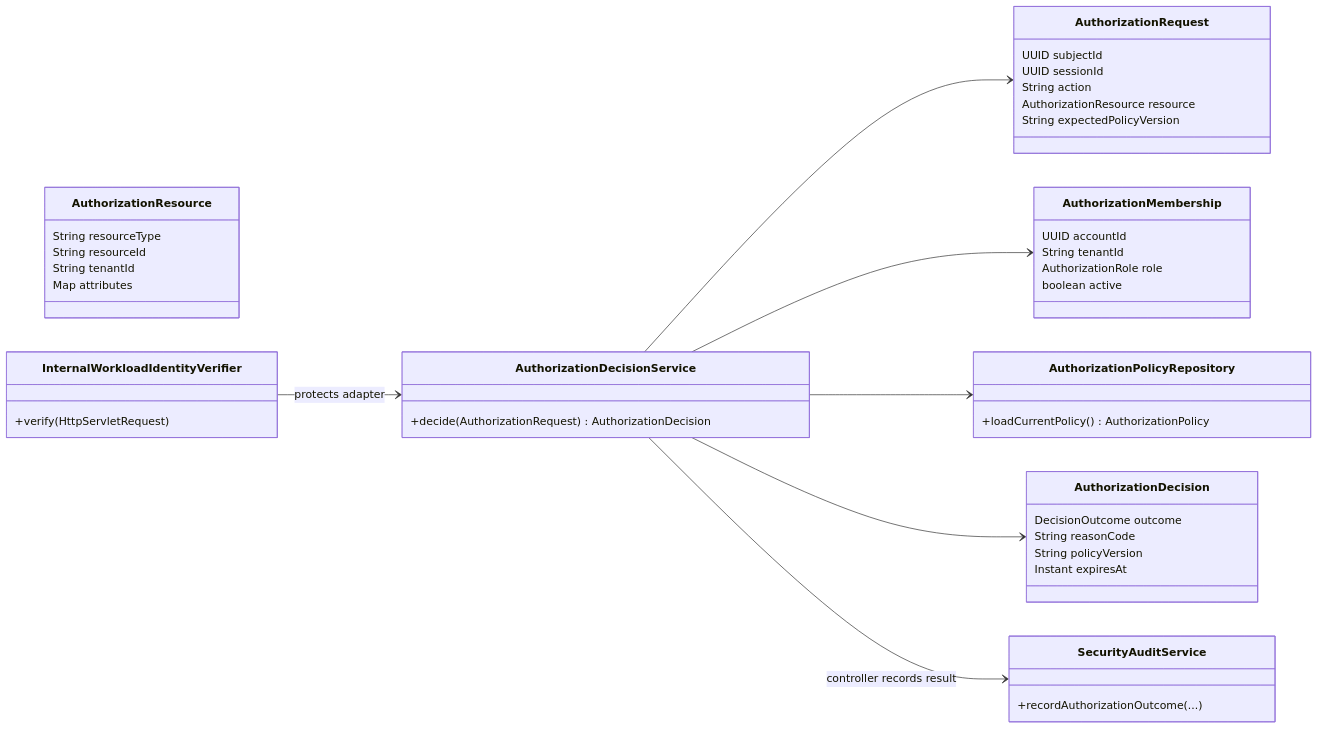
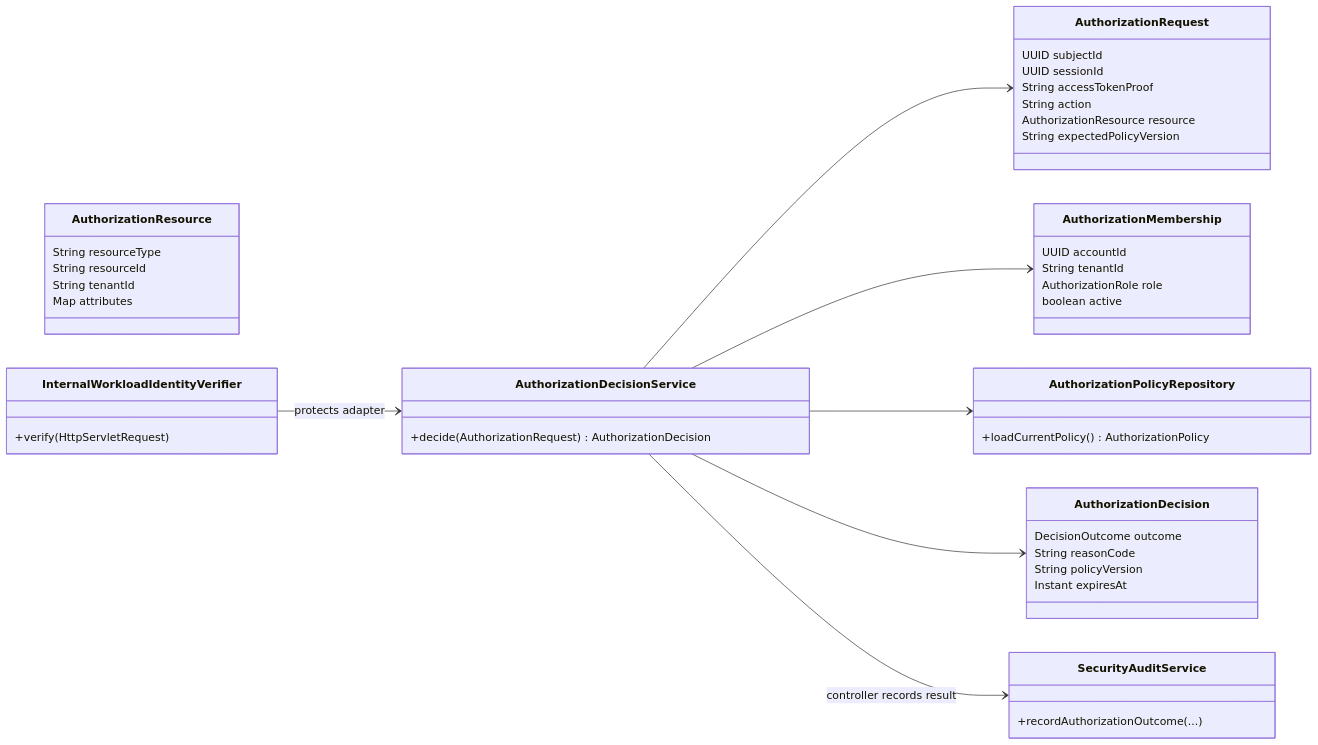
Before and after one commit to tdespenza/lifeos: the third of 4 diagrams in docs/diagrams/identity-authorization.md, drawn with Mermaid. The commit also changed other lines of this file and 52 other files, not shown here.

````diff
--- a/docs/diagrams/identity-authorization.md
+++ b/docs/diagrams/identity-authorization.md
@@ -138,47 +139,48 @@
 ```mermaid
 classDiagram
     direction LR
     class AuthorizationDecisionService {
         +decide(AuthorizationRequest) AuthorizationDecision
     }
     class AuthorizationRequest {
         UUID subjectId
         UUID sessionId
+        String accessTokenProof
         String action
         AuthorizationResource resource
         String expectedPolicyVersion
     }
     class AuthorizationResource {
         String resourceType
         String resourceId
         String tenantId
         Map attributes
     }
     class AuthorizationDecision {
         DecisionOutcome outcome
         String reasonCode
         String policyVersion
         Instant expiresAt
     }
     class AuthorizationMembership {
         UUID accountId
         String tenantId
         AuthorizationRole role
         boolean active
     }
     class AuthorizationPolicyRepository {
         +loadCurrentPolicy() AuthorizationPolicy
     }
     class InternalWorkloadIdentityVerifier {
         +verify(HttpServletRequest)
     }
     class SecurityAuditService {
         +recordAuthorizationOutcome(...)
     }
     AuthorizationDecisionService --> AuthorizationRequest
     AuthorizationDecisionService --> AuthorizationMembership
     AuthorizationDecisionService --> AuthorizationPolicyRepository
     AuthorizationDecisionService --> AuthorizationDecision
     InternalWorkloadIdentityVerifier --> AuthorizationDecisionService : protects adapter
     AuthorizationDecisionService --> SecurityAuditService : controller records result
 ```
````
